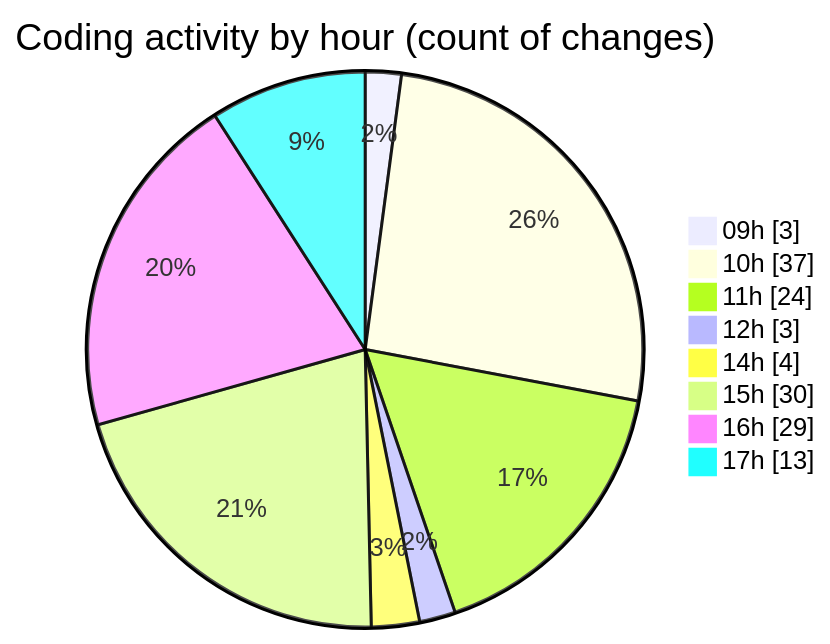
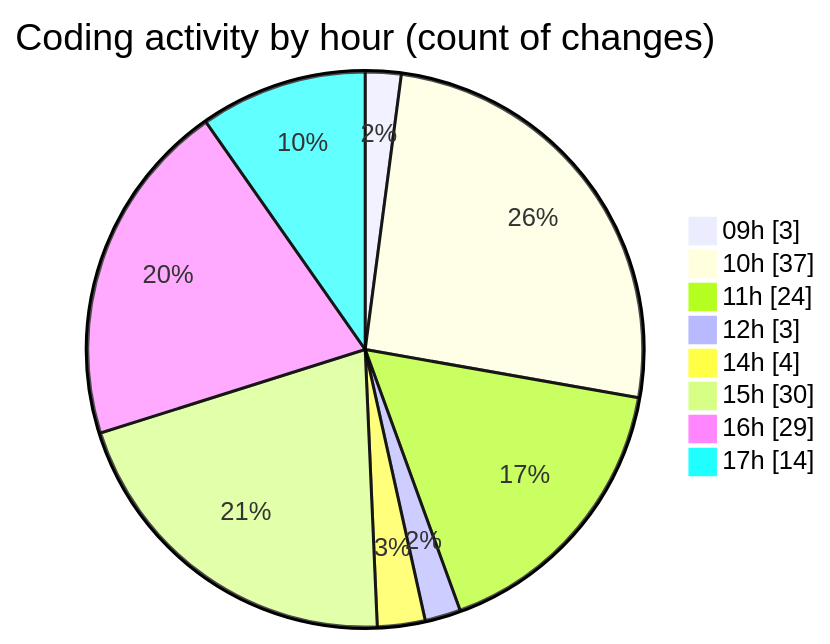
One commit to CELIANVF/code-tracking changed the second of 2 diagrams in 2025-05-02/ecodeli/README.md. Above: the diagram before and after it, drawn with Mermaid. The commit also changed other lines of this file and 1 other file, not shown here.

````diff
--- a/2025-05-02/ecodeli/README.md
+++ b/2025-05-02/ecodeli/README.md
@@ -93,12 +93,12 @@
 ```mermaid
 pie showData
 title Coding activity by hour (count of changes)
 "09h" : 3
 "10h" : 37
 "11h" : 24
 "12h" : 3
 "14h" : 4
 "15h" : 30
 "16h" : 29
-"17h" : 13
+"17h" : 14
 ```
````
